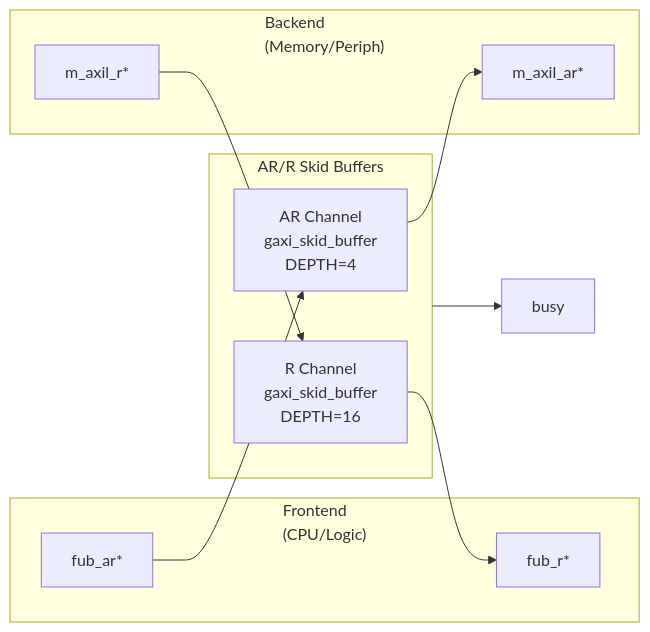
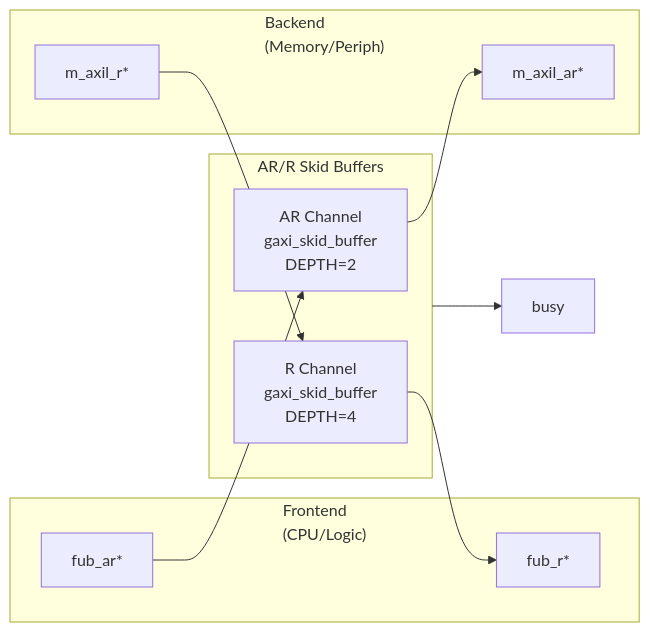
The diagram in docs/markdown/RTLAmba/axil4/axil4_master_rd.md (sean-galloway/RTLDesignSherpa), drawn with Mermaid before and after one commit. The commit also changed other lines of this file and 446 other files, not shown here.

````diff
--- a/docs/markdown/RTLAmba/axil4/axil4_master_rd.md
+++ b/docs/markdown/RTLAmba/axil4/axil4_master_rd.md
@@ -122,22 +126,22 @@
 ```mermaid
 flowchart LR
     subgraph FE["Frontend<br/>(CPU/Logic)"]
         far["fub_ar*"]
         fr["fub_r*"]
     end
 
     subgraph BUF["AR/R Skid Buffers"]
-        ar["AR Channel<br/>gaxi_skid_buffer<br/>DEPTH=4"]
-        r["R Channel<br/>gaxi_skid_buffer<br/>DEPTH=16"]
+        ar["AR Channel<br/>gaxi_skid_buffer<br/>DEPTH=2"]
+        r["R Channel<br/>gaxi_skid_buffer<br/>DEPTH=4"]
     end
 
     subgraph BE["Backend<br/>(Memory/Periph)"]
         mar["m_axil_ar*"]
         mr["m_axil_r*"]
     end
 
     far --> ar --> mar
     mr --> r --> fr
 
     BUF --> busy["busy"]
 ```
````
